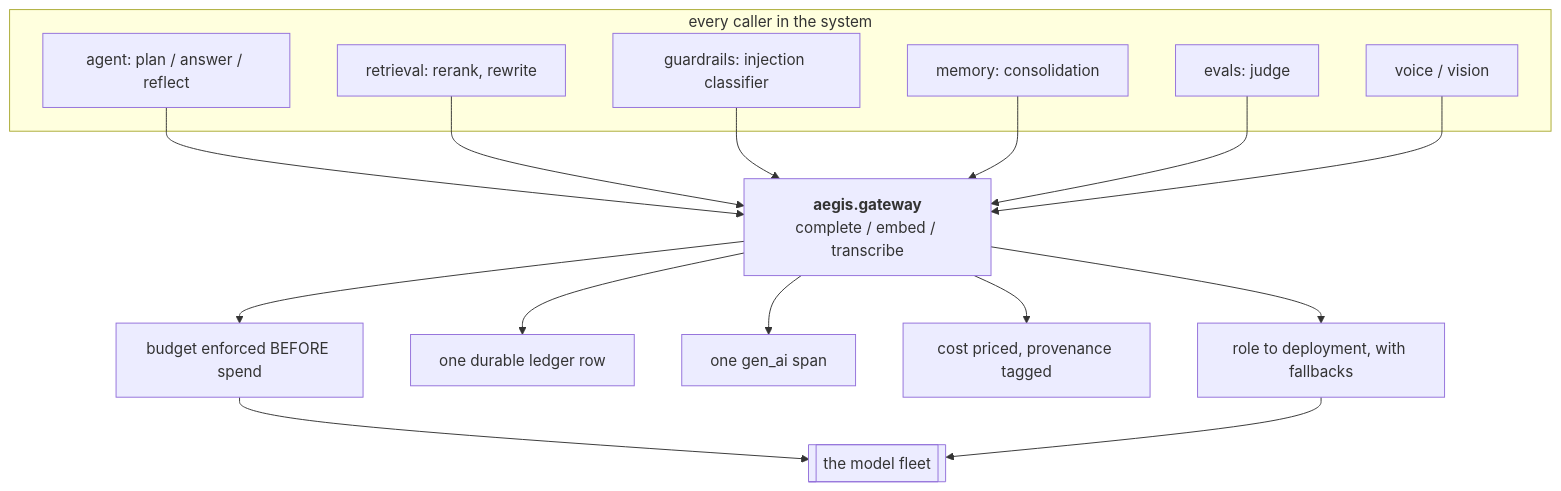
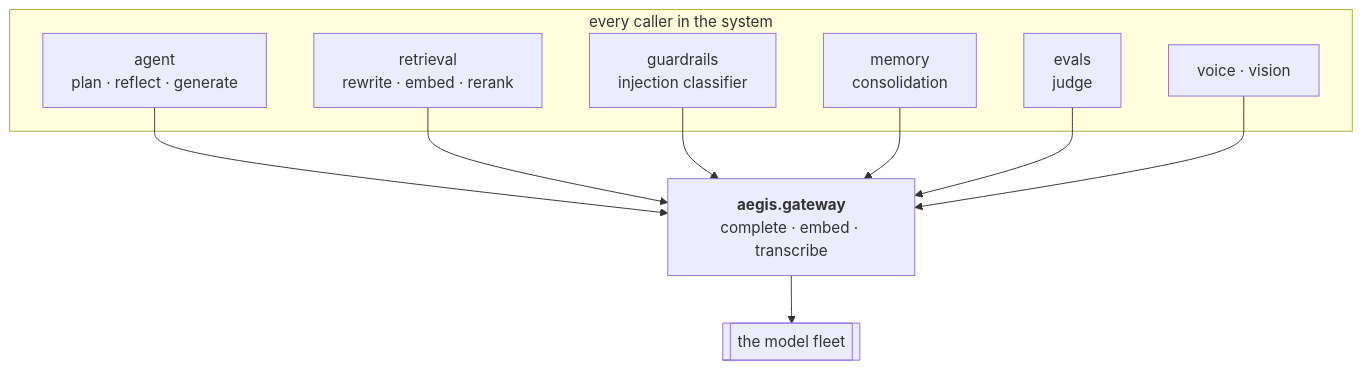
One commit to yrevash/aegis changed the first of 5 diagrams in docs/teaching/gateway/40-diagrams.md. Above: the diagram before and after it, drawn with Mermaid. The commit also changed other lines of this file and 111 other files, not shown here.

````diff
--- a/docs/teaching/gateway/40-diagrams.md
+++ b/docs/teaching/gateway/40-diagrams.md
@@ -10,29 +16,21 @@
 ```mermaid
 flowchart TB
     subgraph CALLERS["every caller in the system"]
-        A["agent: plan / answer / reflect"]
-        B["retrieval: rerank, rewrite"]
-        C["guardrails: injection classifier"]
-        D["memory: consolidation"]
-        E["evals: judge"]
-        F["voice / vision"]
+        A["agent<br/>plan · reflect · generate"]
+        B["retrieval<br/>rewrite · embed · rerank"]
+        C["guardrails<br/>injection classifier"]
+        D["memory<br/>consolidation"]
+        E["evals<br/>judge"]
+        F["voice · vision"]
     end
 
     A --> GW
     B --> GW
     C --> GW
     D --> GW
     E --> GW
     F --> GW
 
-    GW["<b>aegis.gateway</b><br/>complete / embed / transcribe"]
-
-    GW --> POL["budget enforced BEFORE spend"]
-    GW --> LED["one durable ledger row"]
-    GW --> SPAN["one gen_ai span"]
-    GW --> COST["cost priced, provenance tagged"]
-    GW --> ROUTE["role to deployment, with fallbacks"]
-
-    POL --> PROV[["the model fleet"]]
-    ROUTE --> PROV
+    GW["<b>aegis.gateway</b><br/>complete · embed · transcribe"]
+    GW --> PROV[["the model fleet"]]
 ```
````
